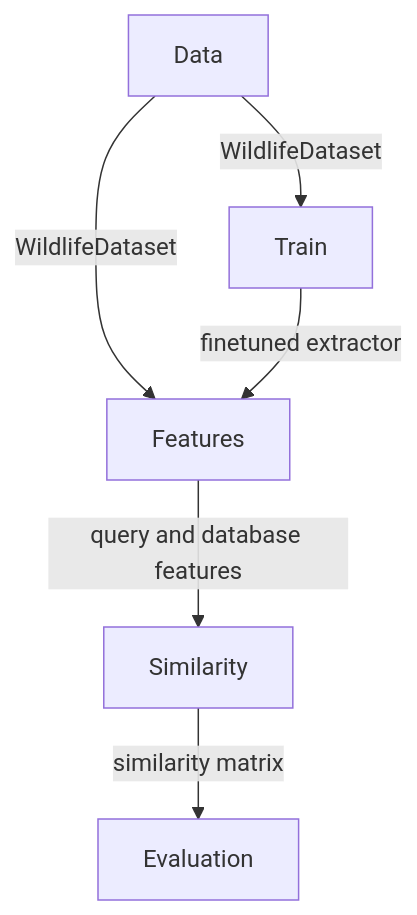
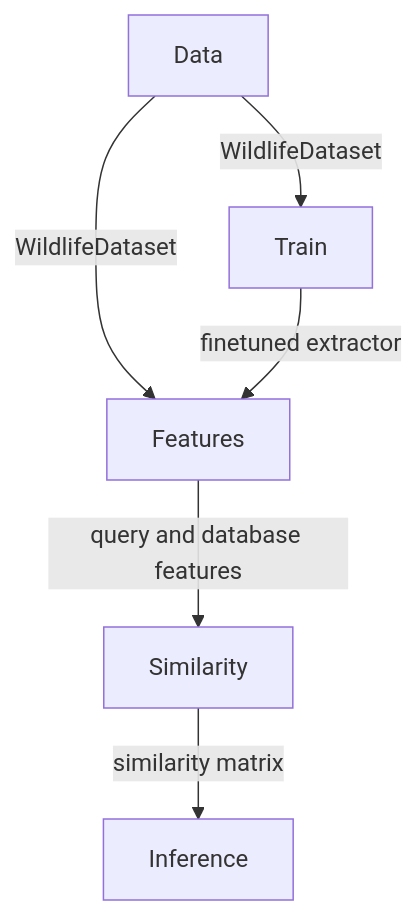
One commit to WildlifeDatasets/wildlife-tools changed the diagram in docs/index.md. Above: the diagram before and after it, drawn with Mermaid. The commit also changed other lines of this file and 9 other files, not shown here.

````diff
--- a/docs/index.md
+++ b/docs/index.md
@@ -17,8 +17,8 @@
 ```mermaid
   graph TD;
       A[Data]-->|WildlifeDataset|B[Features]
       A-->|WildlifeDataset|C;
       C[Train]-->|finetuned extractor|B;
       B-->|query and database features|D[Similarity]
-      D-->|similarity matrix|E[Evaluation]
+      D-->|similarity matrix|E[Inference]
 ```
````
